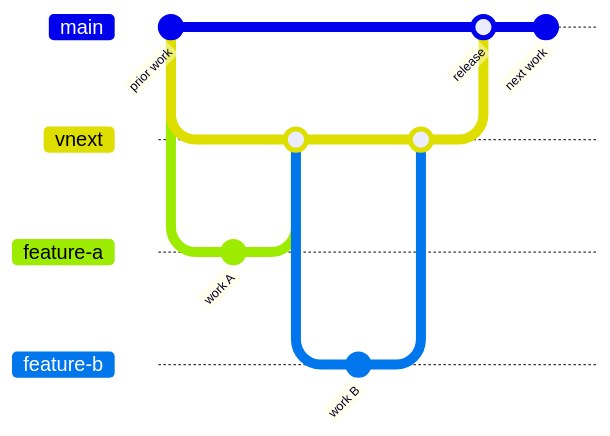
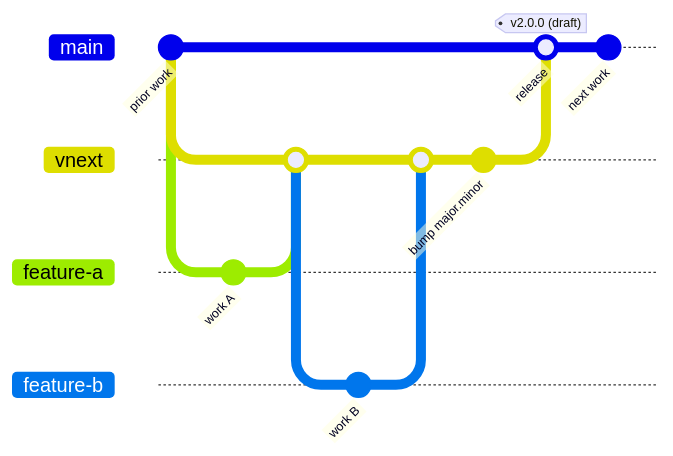
The second of 2 diagrams in CONTRIBUTING.md (OvertureMaps/schema), drawn with Mermaid before and after one commit. The commit also changed other lines of this file, not shown here.

Commit message:
[DOCS] Annotate vnext release merge diagram with version bump and draft release tag

````diff
--- a/CONTRIBUTING.md
+++ b/CONTRIBUTING.md
@@ -36,19 +36,20 @@
 ```mermaid
 gitGraph
    commit id: "prior work"
    branch vnext
    checkout vnext
    branch feature-a
    checkout feature-a
    commit id: "work A"
    checkout vnext
    merge feature-a
    branch feature-b
    checkout feature-b
    commit id: "work B"
    checkout vnext
    merge feature-b
+   commit id: "bump major.minor"
    checkout main
-   merge vnext id: "release"
+   merge vnext id: "release" tag: "v2.0.0 (draft)"
    commit id: "next work"
 ```
````
